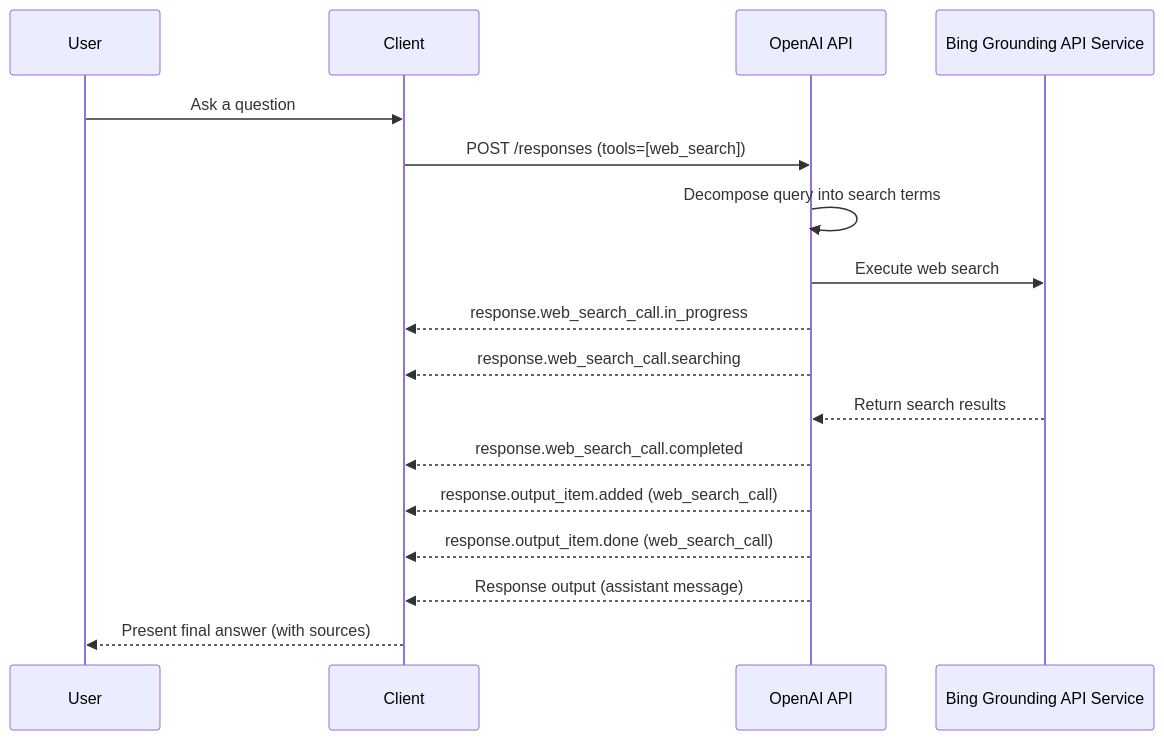
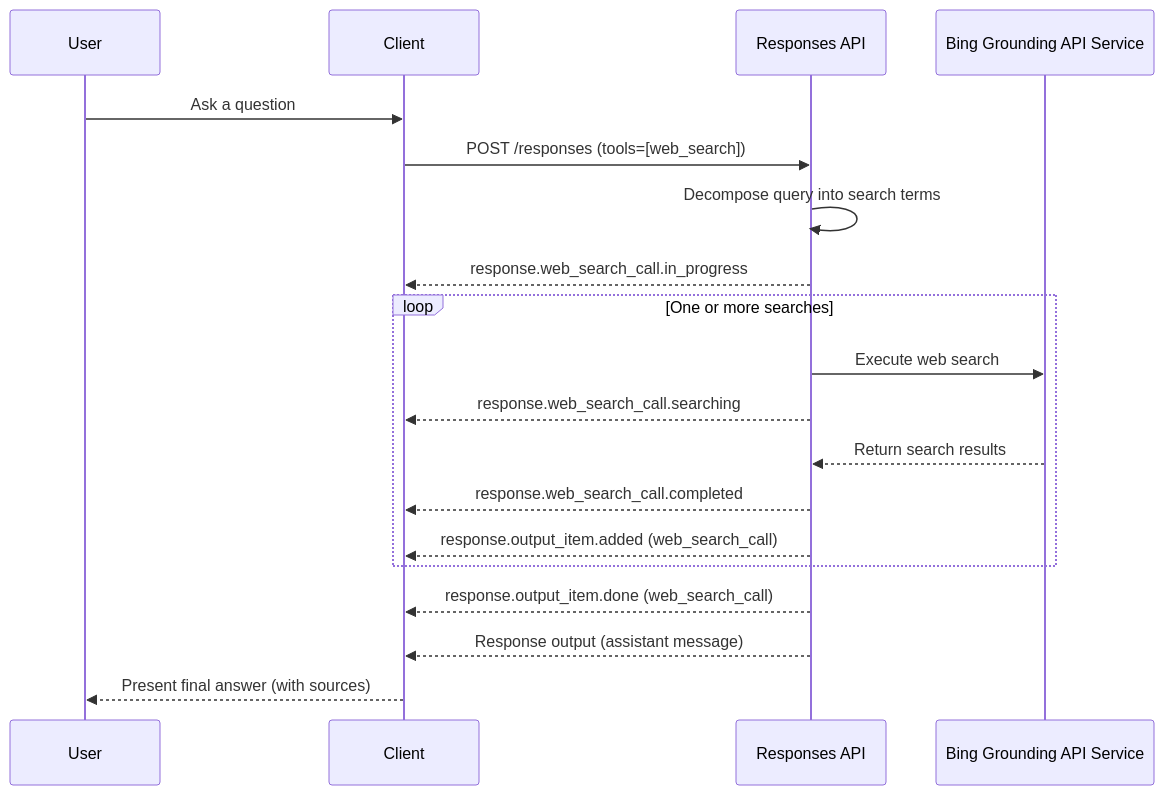
The diagram in Model_Usecases/web-search/query_flow.md (jakeatmsft/ai-foundry-craftkit), drawn with Mermaid before and after one commit. The commit also changed other lines of this file and 1 other file, not shown here.

Commit message:
updated query and network flow

````diff
--- a/Model_Usecases/web-search/query_flow.md
+++ b/Model_Usecases/web-search/query_flow.md
@@ -100,19 +100,21 @@
 ```mermaid
 sequenceDiagram
     participant User
     participant Client
-    participant API as OpenAI API
+    participant API as Responses API
     participant Bing as Bing Grounding API Service
     User->>Client: Ask a question
     Client->>API: POST /responses (tools=[web_search])
     API->>API: Decompose query into search terms
-    API->>Bing: Execute web search
     API-->>Client: response.web_search_call.in_progress
-    API-->>Client: response.web_search_call.searching
-    Bing-->>API: Return search results
-    API-->>Client: response.web_search_call.completed
-    API-->>Client: response.output_item.added (web_search_call)
+    loop One or more searches
+        API->>Bing: Execute web search
+        API-->>Client: response.web_search_call.searching
+        Bing-->>API: Return search results
+        API-->>Client: response.web_search_call.completed
+        API-->>Client: response.output_item.added (web_search_call)
+    end
     API-->>Client: response.output_item.done (web_search_call)
     API-->>Client: Response output (assistant message)
     Client-->>User: Present final answer (with sources)
 ```
````
